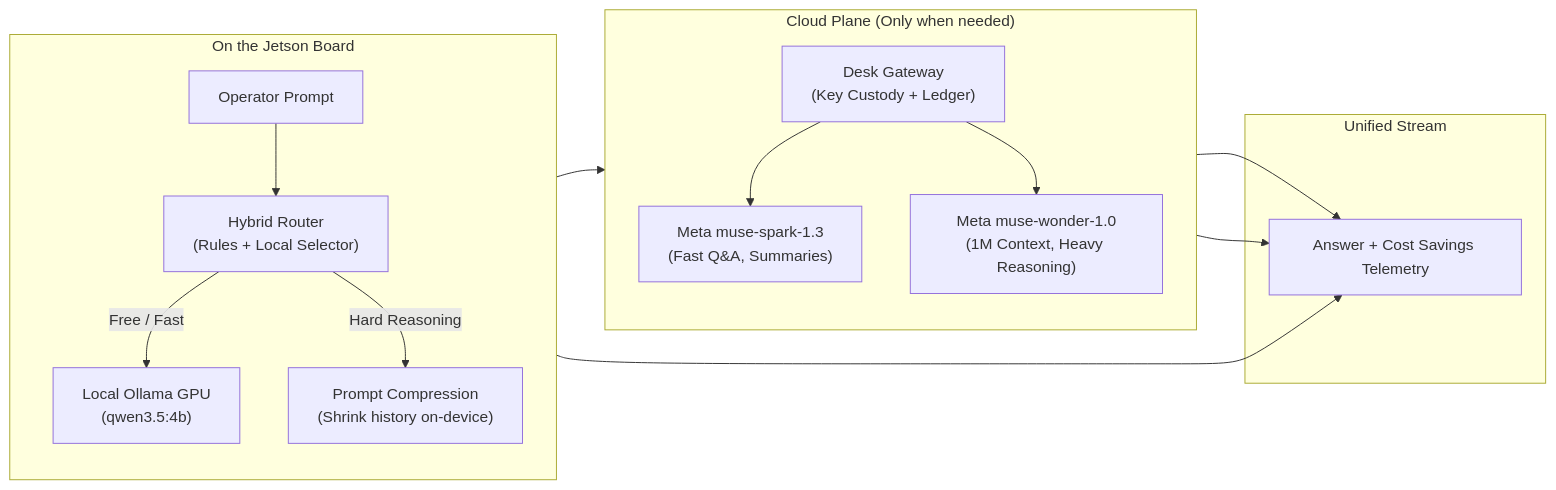
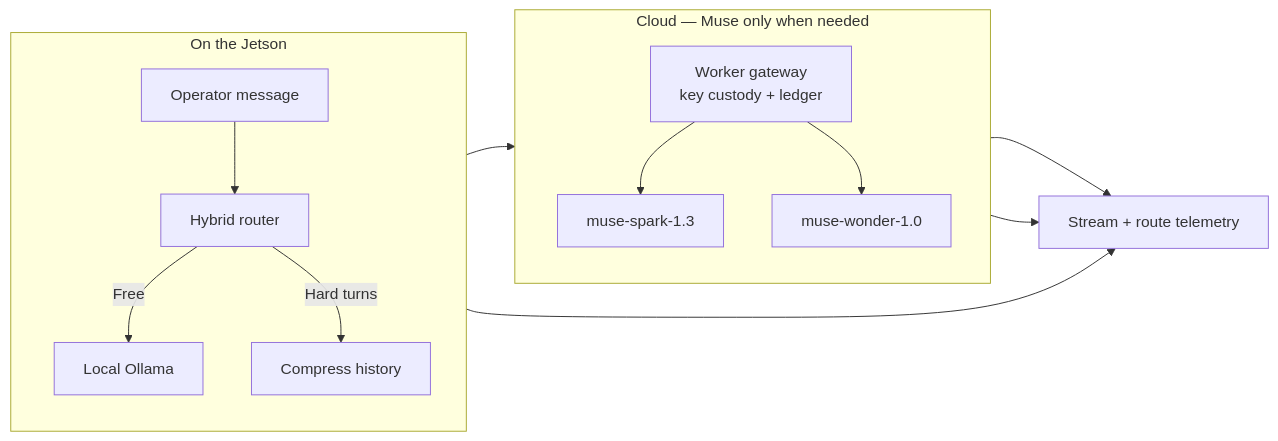
Before and after one commit to altaga/MetaDesk: the first of 2 diagrams in README.md, drawn with Mermaid. The commit also changed other lines of this file and 17 other files, not shown here.

First line of the commit message:
Document Muse-first MetaDesk with live UI screenshots.

````diff
--- a/README.md
+++ b/README.md
@@ -77,22 +64,18 @@
 ```mermaid
 flowchart LR
-  subgraph OnBoard["On the Jetson Board"]
+  subgraph OnBoard["On the Jetson"]
     direction TB
-    Msg["Operator Prompt"] --> Router["Hybrid Router<br/>(Rules + Local Selector)"]
-    Router -->|Free / Fast| Local["Local Ollama GPU<br/>(qwen3.5:4b)"]
-    Router -->|Hard Reasoning| Compress["Prompt Compression<br/>(Shrink history on-device)"]
+    Msg["Operator message"] --> Router["Hybrid router"]
+    Router -->|Free| Local["Local Ollama"]
+    Router -->|Hard turns| Compress["Compress history"]
   end
-
-  subgraph CloudPlane["Cloud Plane (Only when needed)"]
+  subgraph Cloud["Cloud — Muse only when needed"]
     direction TB
-    Compress --> Gateway["Desk Gateway<br/>(Key Custody + Ledger)"]
-    Gateway --> MetaSpark["Meta muse-spark-1.3<br/>(Fast Q&A, Summaries)"]
-    Gateway --> MetaWonder["Meta muse-wonder-1.0<br/>(1M Context, Heavy Reasoning)"]
+    Compress --> Gateway["Worker gateway<br/>key custody + ledger"]
+    Gateway --> Spark["muse-spark-1.3"]
+    Gateway --> Wonder["muse-wonder-1.0"]
   end
-
-  subgraph Output["Unified Stream"]
-    Local --> Result["Answer + Cost Savings Telemetry"]
-    MetaSpark --> Result
-    MetaWonder --> Result
-  end
+  Local --> Out["Stream + route telemetry"]
+  Spark --> Out
+  Wonder --> Out
 ```
````
